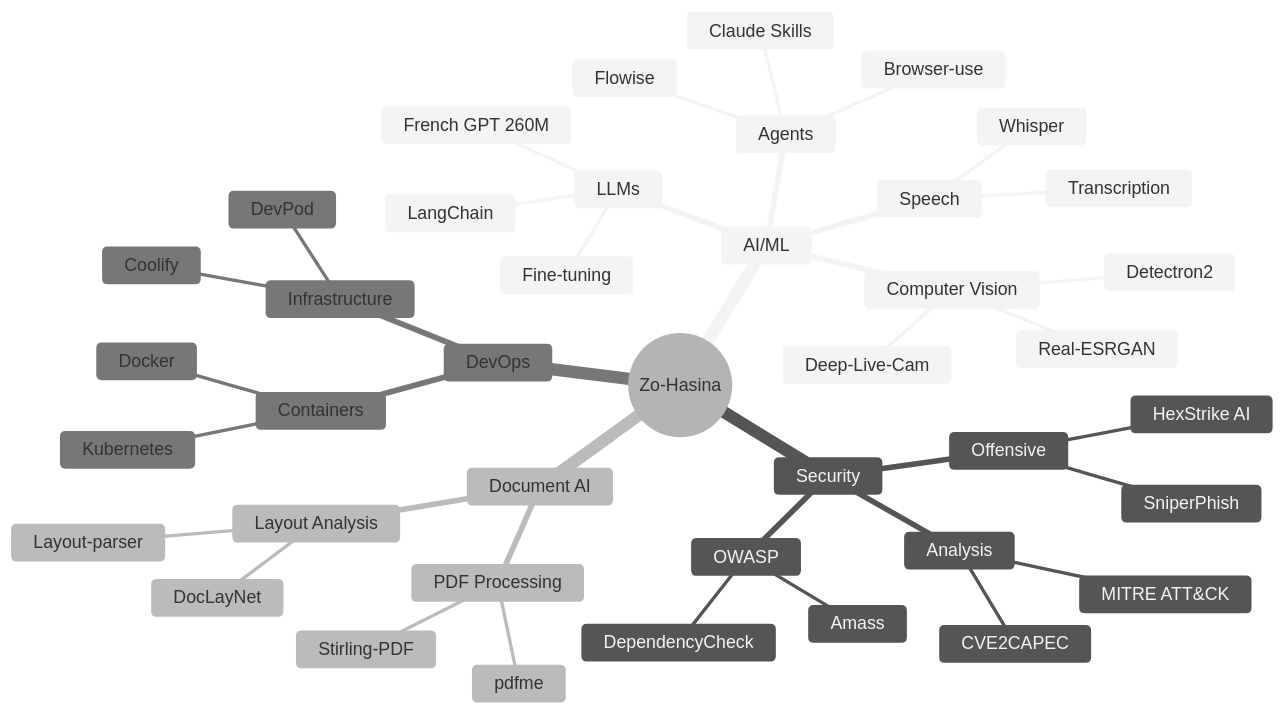
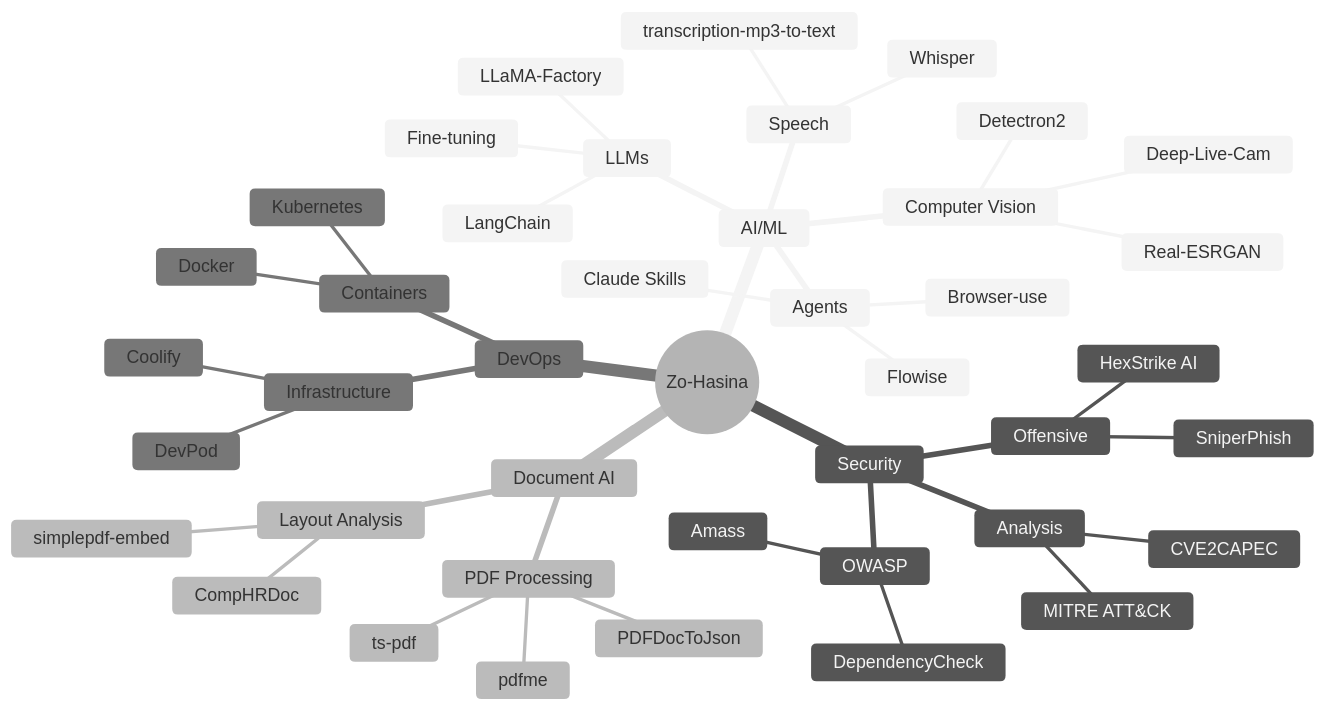
The diagram in README.md (rasata/rasata), drawn with Mermaid (neutral theme) before and after one commit. The commit also changed other lines of this file, not shown here.

````diff
--- a/README.md
+++ b/README.md
@@ -316,44 +316,45 @@
 ```mermaid
 mindmap
   root((Zo-Hasina))
     AI/ML
       LLMs
-        French GPT 260M
+        LLaMA-Factory
         Fine-tuning
         LangChain
       Computer Vision
         Detectron2
         Real-ESRGAN
         Deep-Live-Cam
       Speech
         Whisper
-        Transcription
+        transcription-mp3-to-text
       Agents
         Flowise
         Browser-use
         Claude Skills
     Security
       OWASP
         Amass
         DependencyCheck
       Offensive
         HexStrike AI
         SniperPhish
       Analysis
         CVE2CAPEC
         MITRE ATT&CK
     Document AI
       PDF Processing
-        Stirling-PDF
+        PDFDocToJson
         pdfme
+        ts-pdf
       Layout Analysis
-        DocLayNet
-        Layout-parser
+        CompHRDoc
+        simplepdf-embed
     DevOps
       Containers
         Docker
         Kubernetes
       Infrastructure
         Coolify
         DevPod
 ```
````
